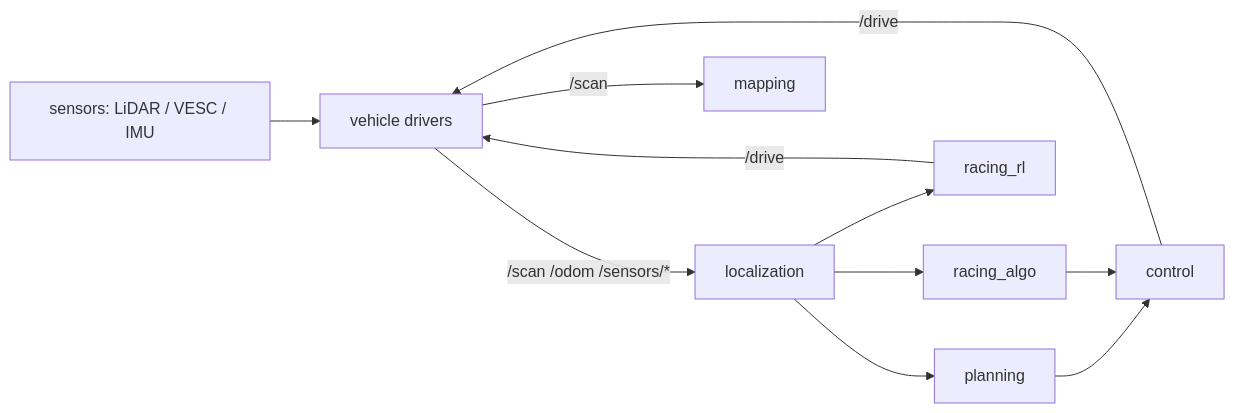
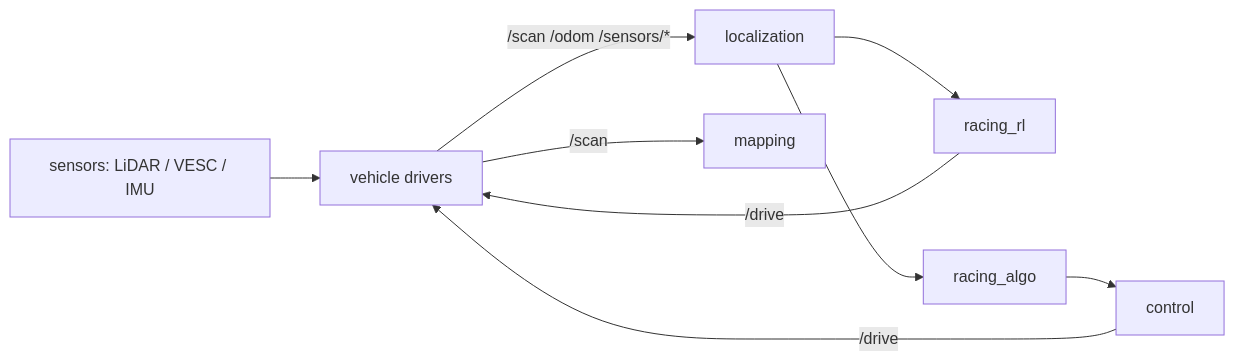
One commit to Squidtoon99/F1tenth changed the diagram in ARCHITECTURE.md. Above: the diagram before and after it, drawn with Mermaid. The commit also changed other lines of this file and 8 other files, not shown here.

````diff
--- a/ARCHITECTURE.md
+++ b/ARCHITECTURE.md
@@ -69,13 +69,11 @@
 ```mermaid
 flowchart LR
   sensors["sensors: LiDAR / VESC / IMU"] --> vehicle[vehicle drivers]
   vehicle -->|"/scan /odom /sensors/*"| localization
   vehicle -->|"/scan"| mapping
-  localization --> planning
   localization --> racing_rl
   localization --> racing_algo
-  planning --> control
   racing_algo --> control
   racing_rl -->|"/drive"| vehicle
   control -->|"/drive"| vehicle
 ```
````
